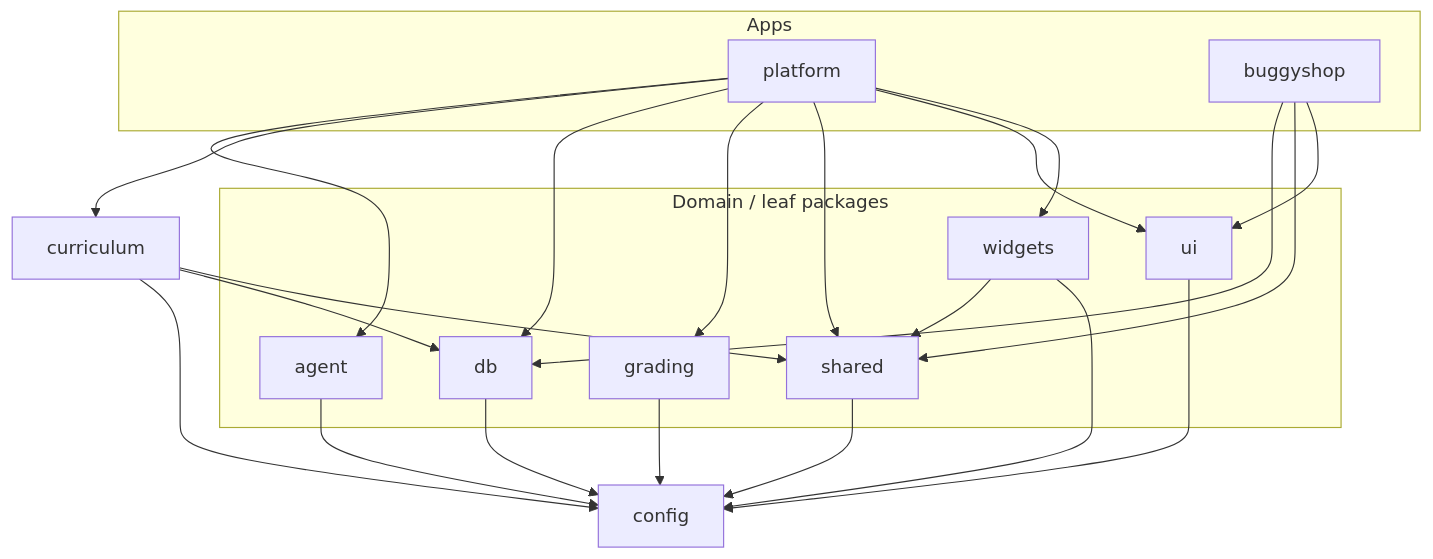
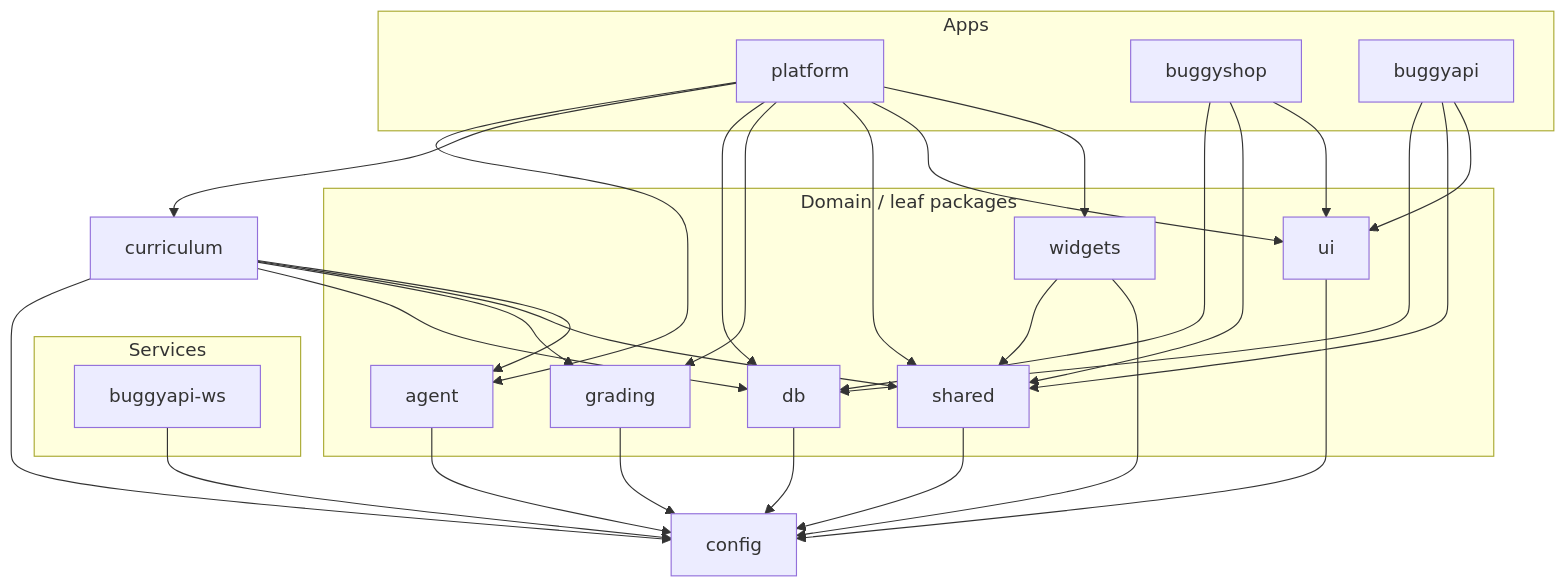
One commit to izzzthisssagar/qa-mastery changed the diagram in ARCHITECTURE.md. Above: the diagram before and after it, drawn with Mermaid. The commit also changed other lines of this file and 300 other files, not shown here.

````diff
--- a/ARCHITECTURE.md
+++ b/ARCHITECTURE.md
@@ -26,18 +51,22 @@
 ```mermaid
 graph TD
     subgraph Apps
-      platform
-      buggyshop
+      platform; buggyshop; buggyapi
+    end
+    subgraph Services
+      buggyapi_ws["buggyapi-ws"]
     end
     curriculum
     subgraph "Domain / leaf packages"
       agent; db; grading; shared; ui; widgets
     end
     config
 
     platform --> agent & curriculum & db & grading & shared & ui & widgets
     buggyshop --> db & shared & ui
-    curriculum --> db & shared & config
+    buggyapi --> db & shared & ui
+    buggyapi_ws --> config
+    curriculum --> db & grading & shared & agent & config
     widgets --> shared & config
     agent & db & grading & shared & ui --> config
 ```
````
